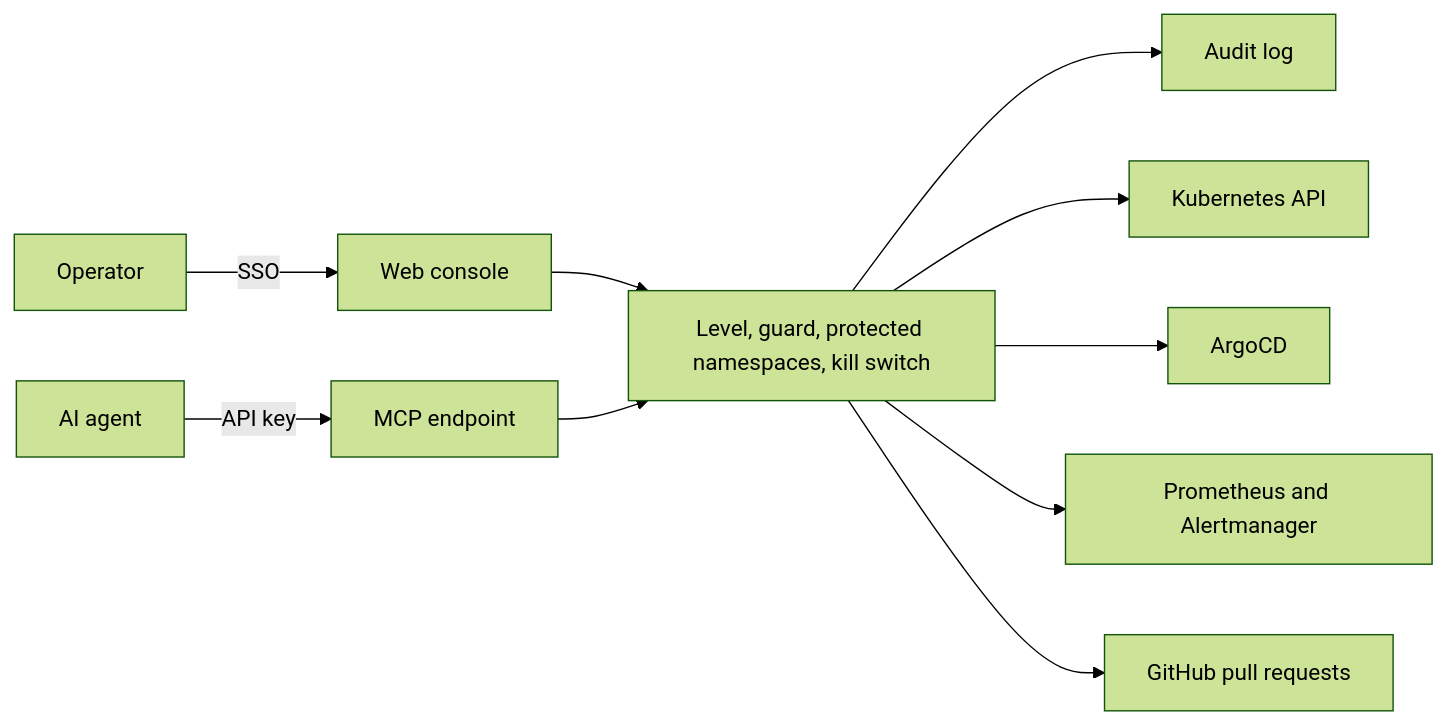
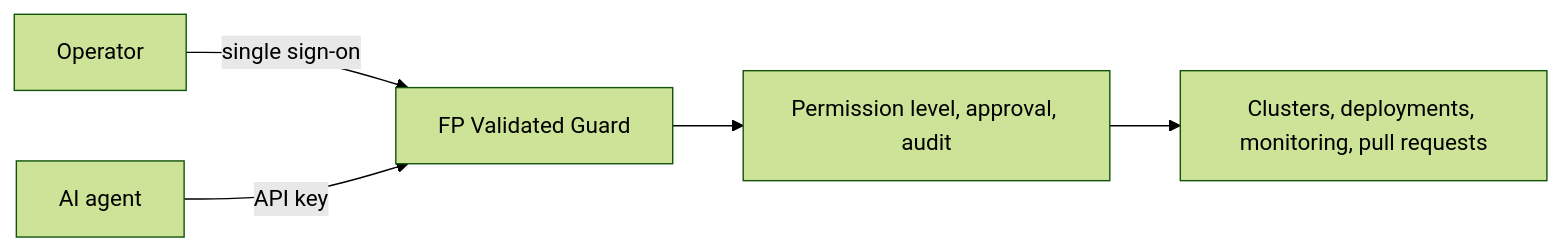
The diagram in website/docs/fp-validated-infra/fp-validated-guard.md (FP-Validated/fp-validated-docs), drawn with Mermaid (forest theme) before and after one commit. The commit also changed other lines of this file and 20 other files, not shown here.

````diff
--- a/website/docs/fp-validated-infra/fp-validated-guard.md
+++ b/website/docs/fp-validated-infra/fp-validated-guard.md
@@ -11,23 +11,13 @@
 ```mermaid
 flowchart LR
   person[Operator]
   agent[AI agent]
-  console[Web console]
-  mcp[MCP endpoint]
-  checks[Level, guard, protected namespaces, kill switch]
-  audit[Audit log]
-  kube[Kubernetes API]
-  argo[ArgoCD]
-  mon[Prometheus and Alertmanager]
-  git[GitHub pull requests]
+  guard[FP Validated Guard]
+  checks[Permission level, approval, audit]
+  platform[Clusters, deployments, monitoring, pull requests]
 
-  person -- SSO --> console
-  agent -- API key --> mcp
-  console --> checks
-  mcp --> checks
-  checks --> audit
-  checks --> kube
-  checks --> argo
-  checks --> mon
-  checks --> git
+  person -- single sign-on --> guard
+  agent -- API key --> guard
+  guard --> checks
+  checks --> platform
 ```
````
